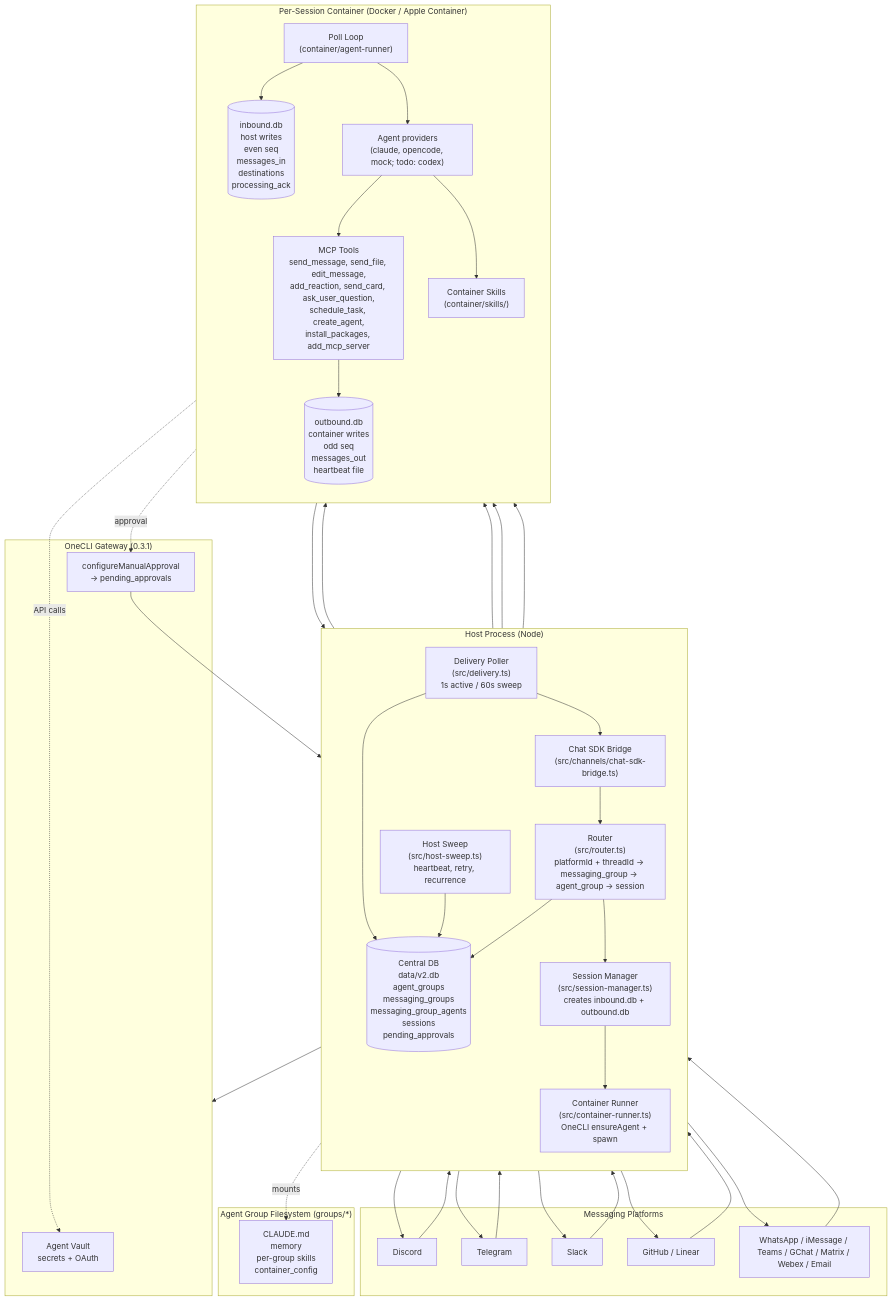
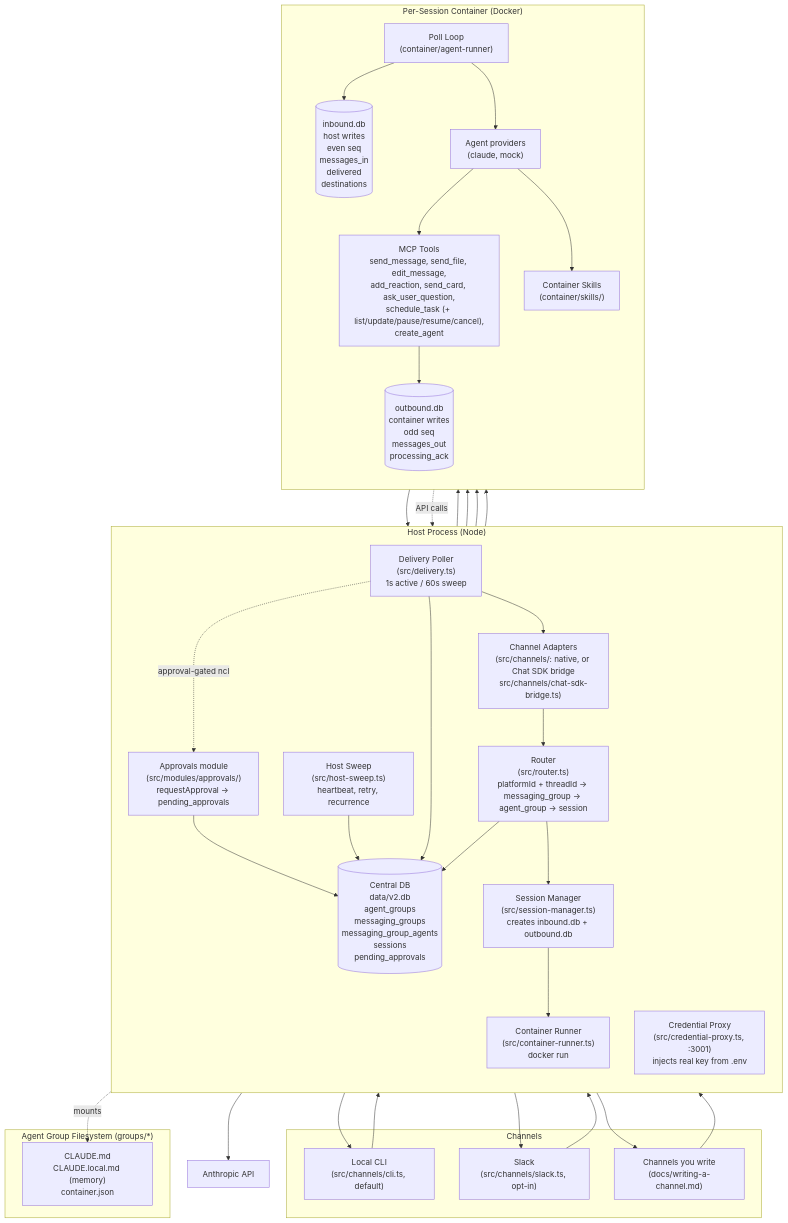
Before and after one commit to vlad-semenchuk/nanomika: the first of 5 diagrams in docs/architecture-diagram.md, drawn with Mermaid. The commit also changed other lines of this file and 14 other files, not shown here.

Commit message:
docs: bring the architecture and database docs in line with the code; rewrite the security model; drop obsolete specs

````diff
--- a/docs/architecture-diagram.md
+++ b/docs/architecture-diagram.md
@@ -5,65 +5,62 @@
 ```mermaid
 flowchart TB
-  subgraph Platforms["Messaging Platforms"]
-    P1[Discord]
-    P2[Telegram]
-    P3[Slack]
-    P4[GitHub / Linear]
-    P5[WhatsApp / iMessage / Teams / GChat / Matrix / Webex / Email]
+  subgraph Platforms["Channels"]
+    P1["Local CLI<br/>(src/channels/cli.ts, default)"]
+    P2["Slack<br/>(src/channels/slack.ts, opt-in)"]
+    P3["Channels you write<br/>(docs/writing-a-channel.md)"]
   end
 
   subgraph Host["Host Process (Node)"]
     direction TB
-    Bridge["Chat SDK Bridge<br/>(src/channels/chat-sdk-bridge.ts)"]
+    Bridge["Channel Adapters<br/>(src/channels/: native, or Chat SDK bridge<br/>src/channels/chat-sdk-bridge.ts)"]
     Router["Router<br/>(src/router.ts)<br/>platformId + threadId -> messaging_group -> agent_group -> session"]
     SessMgr["Session Manager<br/>(src/session-manager.ts)<br/>creates inbound.db + outbound.db"]
-    Runner["Container Runner<br/>(src/container-runner.ts)<br/>OneCLI ensureAgent + spawn"]
+    Runner["Container Runner<br/>(src/container-runner.ts)<br/>docker run"]
     Delivery["Delivery Poller<br/>(src/delivery.ts)<br/>1s active / 60s sweep"]
     Sweep["Host Sweep<br/>(src/host-sweep.ts)<br/>heartbeat, retry, recurrence"]
     Central[("Central DB<br/>data/v2.db<br/>agent_groups<br/>messaging_groups<br/>messaging_group_agents<br/>sessions<br/>pending_approvals")]
+    Approvals["Approvals module<br/>(src/modules/approvals/)<br/>requestApproval -> pending_approvals"]
+    Proxy["Credential Proxy<br/>(src/credential-proxy.ts, :3001)<br/>injects real key from .env"]
   end
 
-  subgraph OneCLI["OneCLI Gateway (0.3.1)"]
-    Vault["Agent Vault<br/>secrets + OAuth"]
-    Approvals["configureManualApproval<br/>-> pending_approvals"]
-  end
+  Anthropic["Anthropic API"]
 
-  subgraph Session["Per-Session Container (Docker / Apple Container)"]
+  subgraph Session["Per-Session Container (Docker)"]
     direction TB
     PollLoop["Poll Loop<br/>(container/agent-runner)"]
-    Provider["Agent providers<br/>(claude, opencode, mock; todo: codex)"]
-    MCP["MCP Tools<br/>send_message, send_file, edit_message,<br/>add_reaction, send_card, ask_user_question,<br/>schedule_task, create_agent,<br/>install_packages, add_mcp_server"]
+    Provider["Agent providers<br/>(claude, mock)"]
+    MCP["MCP Tools<br/>send_message, send_file, edit_message,<br/>add_reaction, send_card, ask_user_question,<br/>schedule_task (+ list/update/pause/resume/cancel),<br/>create_agent"]
     Skills["Container Skills<br/>(container/skills/)"]
-    InDB[("inbound.db<br/>host writes<br/>even seq<br/>messages_in<br/>destinations<br/>processing_ack")]
-    OutDB[("outbound.db<br/>container writes<br/>odd seq<br/>messages_out<br/>heartbeat file")]
+    InDB[("inbound.db<br/>host writes<br/>even seq<br/>messages_in<br/>delivered<br/>destinations")]
+    OutDB[("outbound.db<br/>container writes<br/>odd seq<br/>messages_out<br/>processing_ack")]
   end
 
   subgraph Groups["Agent Group Filesystem (groups/*)"]
-    Folder["CLAUDE.md<br/>memory<br/>per-group skills<br/>container_config"]
+    Folder["CLAUDE.md<br/>CLAUDE.local.md (memory)<br/>container.json"]
   end
 
-  P1 & P2 & P3 & P4 & P5 --> Bridge
+  P1 & P2 & P3 --> Bridge
   Bridge --> Router
   Router --> Central
   Router --> SessMgr
   SessMgr --> InDB
   SessMgr --> Runner
-  Runner --> OneCLI
   Runner --> PollLoop
   PollLoop --> InDB
   PollLoop --> Provider
   Provider --> MCP
   Provider --> Skills
   MCP --> OutDB
   OutDB --> Delivery
   Delivery --> Central
   Delivery --> Bridge
-  Bridge --> P1 & P2 & P3 & P4 & P5
+  Bridge --> P1 & P2 & P3
   Sweep --> InDB
   Sweep --> OutDB
   Sweep --> Central
   Runner -.mounts.-> Folder
-  MCP -.approval.-> Approvals
+  Delivery -.approval-gated ncl.-> Approvals
   Approvals --> Central
-  Provider -.API calls.-> Vault
+  Provider -.API calls.-> Proxy
+  Proxy --> Anthropic
 ```
````
